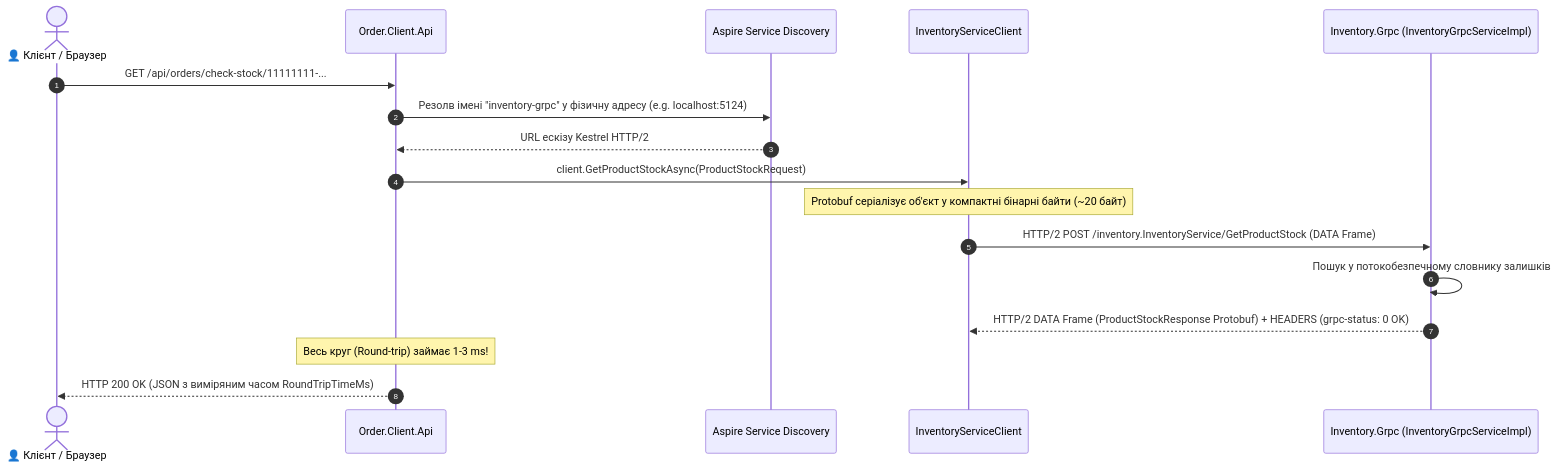
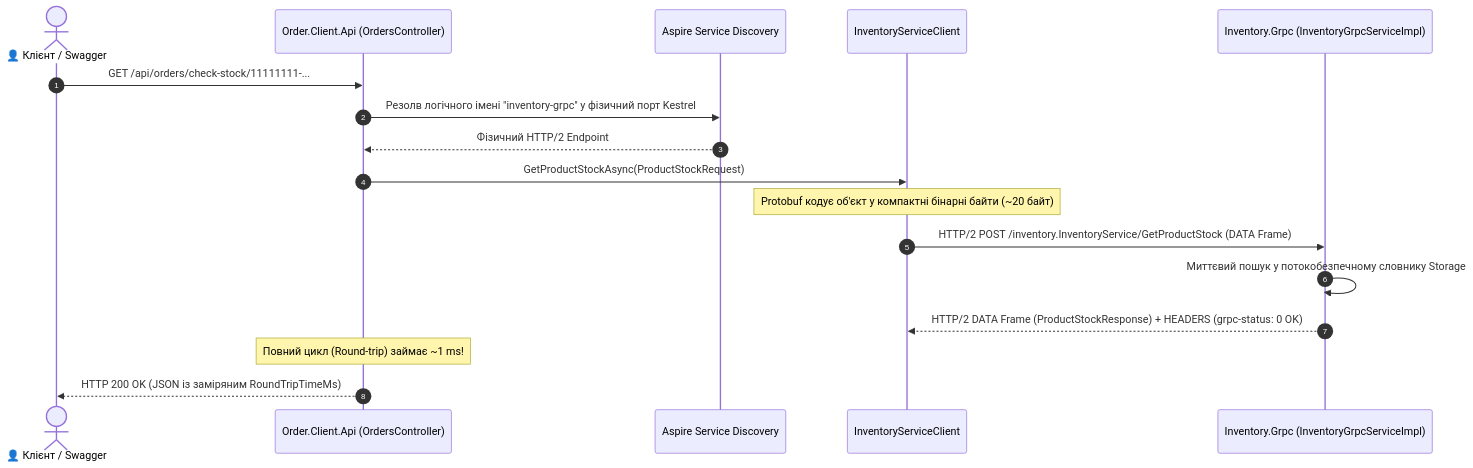
The second of 3 diagrams in 05-Synchronous-Transport-gRPC/STRUCTURE-AND-DATA-FLOW.md (MrTomkaYurii/Microservices-Aspire-Mastery), drawn with Mermaid before and after one commit. The commit also changed other lines of this file and 49 other files, not shown here.

````diff
--- a/05-Synchronous-Transport-gRPC/STRUCTURE-AND-DATA-FLOW.md
+++ b/05-Synchronous-Transport-gRPC/STRUCTURE-AND-DATA-FLOW.md
@@ -96,20 +104,20 @@
 ```mermaid
 sequenceDiagram
     autonumber
-    actor Client as 👤 Клієнт / Браузер
-    participant API as Order.Client.Api
+    actor Client as 👤 Клієнт / Swagger
+    participant API as Order.Client.Api (OrdersController)
     participant SD as Aspire Service Discovery
     participant gRPC_Client as InventoryServiceClient
     participant Server as Inventory.Grpc (InventoryGrpcServiceImpl)
 
     Client->>API: GET /api/orders/check-stock/11111111-...
-    API->>SD: Резолв імені "inventory-grpc" у фізичну адресу (e.g. localhost:5124)
-    SD-->>API: URL ескізу Kestrel HTTP/2
-    API->>gRPC_Client: client.GetProductStockAsync(ProductStockRequest)
-    Note over gRPC_Client: Protobuf серіалізує об'єкт у компактні бінарні байти (~20 байт)
+    API->>SD: Резолв логічного імені "inventory-grpc" у фізичний порт Kestrel
+    SD-->>API: Фізичний HTTP/2 Endpoint
+    API->>gRPC_Client: GetProductStockAsync(ProductStockRequest)
+    Note over gRPC_Client: Protobuf кодує об'єкт у компактні бінарні байти (~20 байт)
     gRPC_Client->>Server: HTTP/2 POST /inventory.InventoryService/GetProductStock (DATA Frame)
-    Server->>Server: Пошук у потокобезпечному словнику залишків
-    Server-->>gRPC_Client: HTTP/2 DATA Frame (ProductStockResponse Protobuf) + HEADERS (grpc-status: 0 OK)
-    Note over API: Весь круг (Round-trip) займає 1-3 ms!
-    API-->>Client: HTTP 200 OK (JSON з виміряним часом RoundTripTimeMs)
+    Server->>Server: Миттєвий пошук у потокобезпечному словнику Storage
+    Server-->>gRPC_Client: HTTP/2 DATA Frame (ProductStockResponse) + HEADERS (grpc-status: 0 OK)
+    Note over API: Повний цикл (Round-trip) займає ~1 ms!
+    API-->>Client: HTTP 200 OK (JSON із заміряним RoundTripTimeMs)
 ```
````
